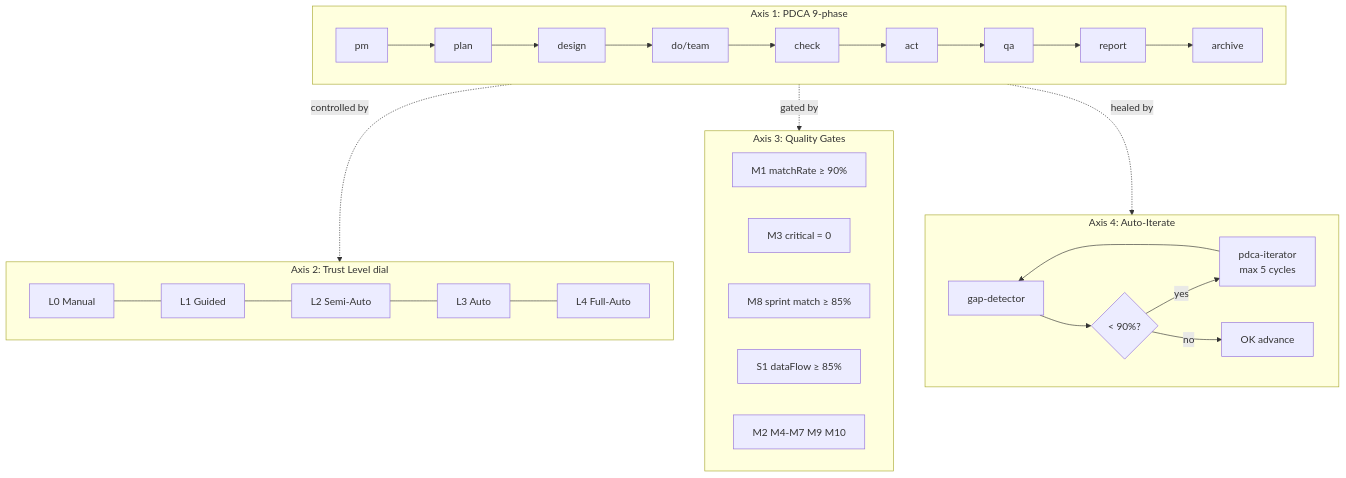
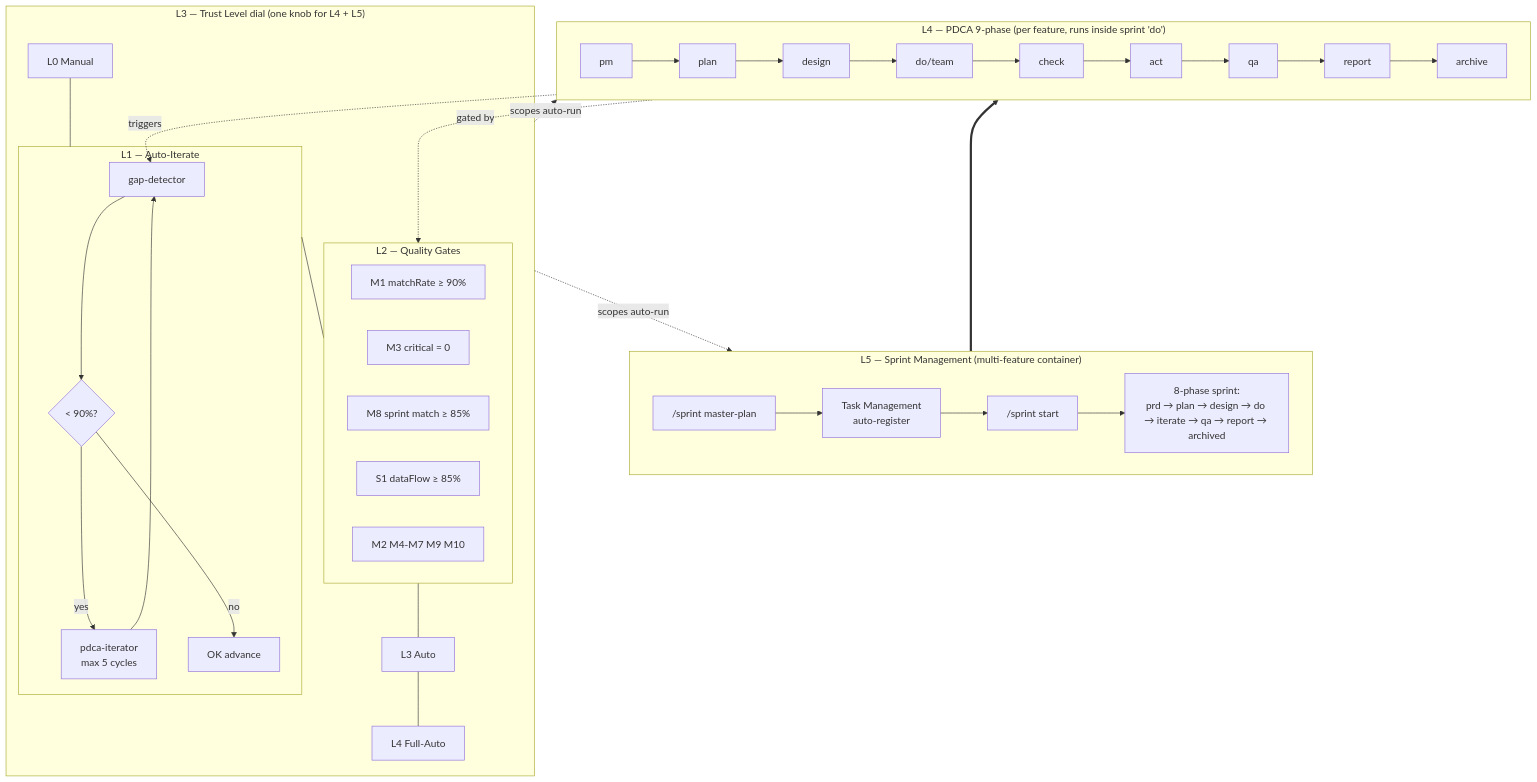
The first of 11 diagrams in README-FULL.md (Stars1233/bkit-claude-code), drawn with Mermaid before and after one commit. The commit also changed other lines of this file and 1 other file, not shown here.

First line of the commit message:
docs(v2.1.13): fix mermaid render error + integrate Sprint into Autonomous Workflow as L5 + 4-step user journey

````diff
--- a/README-FULL.md
+++ b/README-FULL.md
@@ -88,26 +88,33 @@
 ```mermaid
 flowchart TB
-    subgraph A1["Axis 1: PDCA 9-phase"]
+    subgraph L5["L5 — Sprint Management (multi-feature container)"]
         direction LR
-        pm[pm] --> plan[plan] --> design[design] --> do[do/team] --> check[check] --> act[act] --> qa[qa] --> report[report] --> archive[archive]
+        SM["/sprint master-plan"] --> TASK["Task Management<br/>auto-register"] --> SS["/sprint start"]
+        SS --> SP["8-phase sprint:<br/>prd → plan → design → do → iterate → qa → report → archived"]
     end
-    subgraph A2["Axis 2: Trust Level dial"]
-        L0[L0 Manual] --- L1[L1 Guided] --- L2[L2 Semi-Auto] --- L3[L3 Auto] --- L4[L4 Full-Auto]
+    subgraph L4["L4 — PDCA 9-phase (per feature, runs inside sprint 'do')"]
+        direction LR
+        pm["pm"] --> plan["plan"] --> design["design"] --> do["do/team"] --> check["check"] --> act["act"] --> qa["qa"] --> report["report"] --> archive["archive"]
     end
-    subgraph A3["Axis 3: Quality Gates"]
-        M1["M1 matchRate ≥ 90%"]
+    subgraph L3["L3 — Trust Level dial (one knob for L4 + L5)"]
+        L0["L0 Manual"] --- L1["L1 Guided"] --- L2["L2 Semi-Auto"] --- LL3["L3 Auto"] --- LL4["L4 Full-Auto"]
+    end
+    subgraph L2["L2 — Quality Gates"]
+        M1["M1 matchRate &ge; 90%"]
         M3["M3 critical = 0"]
-        M8["M8 sprint match ≥ 85%"]
-        S1["S1 dataFlow ≥ 85%"]
+        M8["M8 sprint match &ge; 85%"]
+        S1["S1 dataFlow &ge; 85%"]
         more["M2 M4-M7 M9 M10"]
     end
-    subgraph A4["Axis 4: Auto-Iterate"]
-        detector[gap-detector] --> sub90{< 90%?}
-        sub90 -- yes --> iterator[pdca-iterator<br/>max 5 cycles]
+    subgraph L1["L1 — Auto-Iterate"]
+        detector["gap-detector"] --> sub90{"&lt; 90%?"}
+        sub90 -- "yes" --> iterator["pdca-iterator<br/>max 5 cycles"]
         iterator --> detector
-        sub90 -- no --> ok[OK advance]
+        sub90 -- "no" --> ok["OK advance"]
     end
-    A1 -. controlled by .-> A2
-    A1 -. gated by .-> A3
-    A1 -. healed by .-> A4
+    L5 ==> L4
+    L3 -.->|"scopes auto-run"| L5
+    L3 -.->|"scopes auto-run"| L4
+    L4 -.->|"gated by"| L2
+    check -.->|"triggers"| detector
 ```
````
